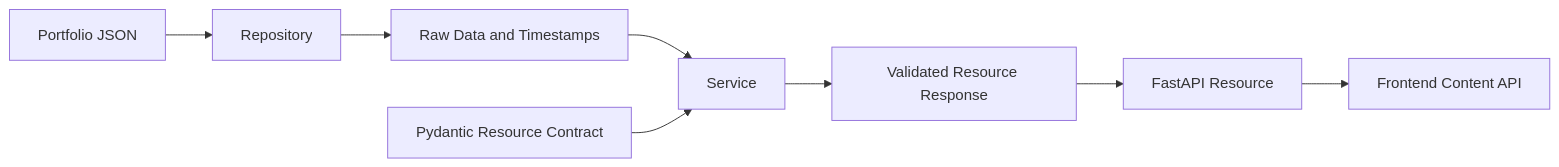
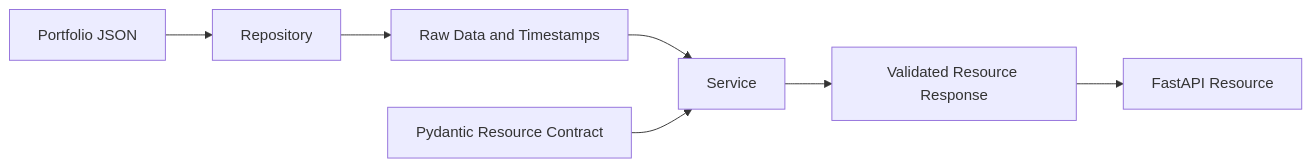
The fourth of 7 diagrams in DATAFLOW.md (TsengYuanChe/PersonalWeb_FastAPI_Vue), drawn with Mermaid before and after one commit. The commit also changed other lines of this file, not shown here.

````diff
--- a/DATAFLOW.md
+++ b/DATAFLOW.md
@@ -78,10 +59,9 @@
 ```mermaid
 flowchart LR
     JSON[Portfolio JSON] --> Repository
     Repository --> Raw[Raw Data and Timestamps]
     Raw --> Service
     Schema[Pydantic Resource Contract] --> Service
     Service --> Response[Validated Resource Response]
     Response --> API[FastAPI Resource]
-    API --> Frontend[Frontend Content API]
 ```
````
